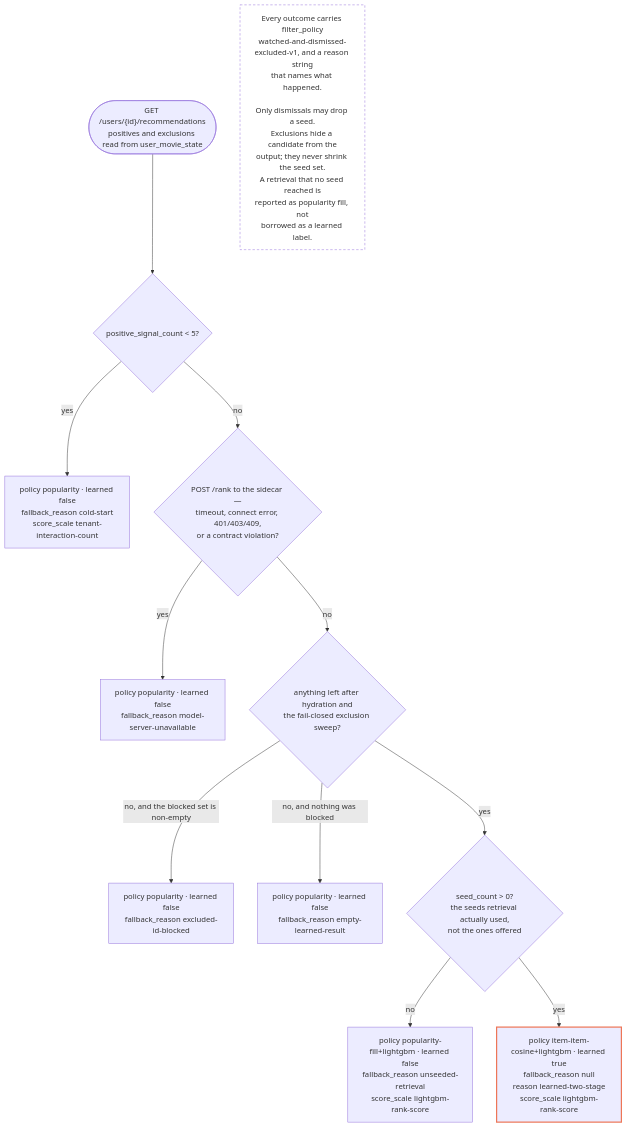
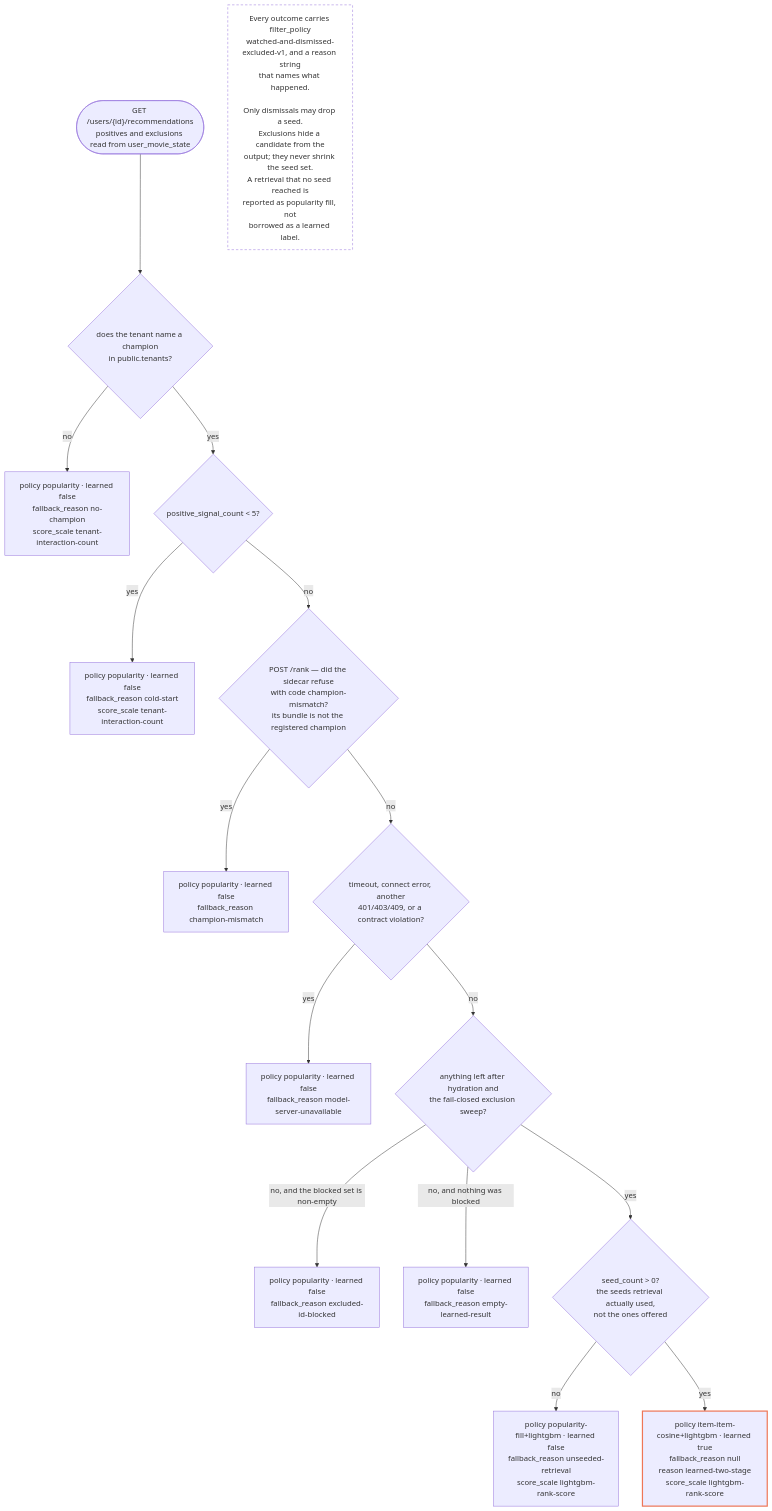
Before and after one commit to kudratsingh/MovieLens-RecSys: the diagram in docs/diagrams/src/serving-policy-decision.mmd, drawn with Mermaid. The commit also changed 31 other files, not shown here.

```diff
--- a/docs/diagrams/src/serving-policy-decision.mmd
+++ b/docs/diagrams/src/serving-policy-decision.mmd
@@ -1,35 +1,45 @@
-%% Sources: src/serving/orchestration.py (the gates, in evaluation order),
+%% Sources: src/serving/tenancy/router.py (the champion the tenant is registered
+%% on, from public.tenants — migration 0016),
+%% src/serving/orchestration.py (the gates, in evaluation order),
 %% src/serving/policy.py (the shared vocabulary), src/serving/models.py,
 %% src/models/artifacts.py (CandidateIndex.retrieve and seed_count),
 %% src/evaluation/protocol.py (COLD_START_THRESHOLD = 5),
 %% infra/model-bundle/manifest.json (candidate artifact_type = item-item-cosine).
 %% Every policy and reason string below is the literal the code emits.
 flowchart TB
   IN(["GET /users/{id}/recommendations<br/>positives and exclusions read from user_movie_state"])
 
+  G0{"does the tenant name a champion<br/>in public.tenants?"}
+  IN --> G0
+  G0 -- no --> P0["policy popularity · learned false<br/>fallback_reason no-champion<br/>score_scale tenant-interaction-count"]
+
   G1{"positive_signal_count &lt; 5?"}
-  IN --> G1
+  G0 -- yes --> G1
   G1 -- yes --> P1["policy popularity · learned false<br/>fallback_reason cold-start<br/>score_scale tenant-interaction-count"]
 
-  G2{"POST /rank to the sidecar —<br/>timeout, connect error, 401/403/409,<br/>or a contract violation?"}
-  G1 -- no --> G2
+  G2A{"POST /rank — did the sidecar refuse<br/>with code champion-mismatch?<br/>its bundle is not the registered champion"}
+  G1 -- no --> G2A
+  G2A -- yes --> P2A["policy popularity · learned false<br/>fallback_reason champion-mismatch"]
+
+  G2{"timeout, connect error, another<br/>401/403/409, or a contract violation?"}
+  G2A -- no --> G2
   G2 -- yes --> P2["policy popularity · learned false<br/>fallback_reason model-server-unavailable"]
 
   G3{"anything left after hydration and<br/>the fail-closed exclusion sweep?"}
   G2 -- no --> G3
   G3 -- "no, and the blocked set is non-empty" --> P3["policy popularity · learned false<br/>fallback_reason excluded-id-blocked"]
   G3 -- "no, and nothing was blocked" --> P4["policy popularity · learned false<br/>fallback_reason empty-learned-result"]
 
   G4{"seed_count &gt; 0?<br/>the seeds retrieval actually used,<br/>not the ones offered"}
   G3 -- yes --> G4
   G4 -- no --> P5["policy popularity-fill+lightgbm · learned false<br/>fallback_reason unseeded-retrieval<br/>score_scale lightgbm-rank-score"]
   G4 -- yes --> P6["policy item-item-cosine+lightgbm · learned true<br/>fallback_reason null<br/>reason learned-two-stage<br/>score_scale lightgbm-rank-score"]
 
   NOTE["Every outcome carries filter_policy<br/>watched-and-dismissed-<br/>excluded-v1, and a reason string<br/>that names what happened.<br/><br/>Only dismissals may drop a seed.<br/>Exclusions hide a candidate from the<br/>output; they never shrink the seed set.<br/>A retrieval that no seed reached is<br/>reported as popularity fill, not<br/>borrowed as a learned label."]
 
   %% One hard-coded coral: a classDef is not theme-aware, and this border has
   %% to read on white and on #0b0a09 alike.
   classDef learned stroke:#ee7657,stroke-width:2.5px
   class P6 learned
   classDef note fill:#00000000,stroke-dasharray:5 4
   class NOTE note
```
